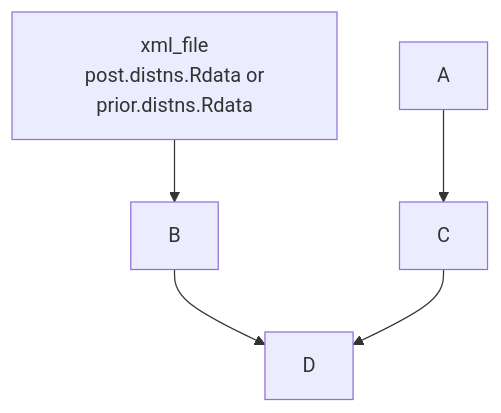
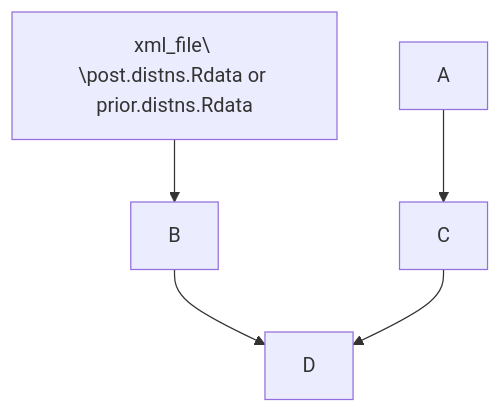
The diagram in README.md (ecamo19/gsoc_project_2022_vm), drawn with Mermaid before and after one commit.

````diff
--- a/README.md
+++ b/README.md
@@ -50,7 +50,7 @@
 ```mermaid
   graph TD;
-      inputs[xml_file\n post.distns.Rdata or prior.distns.Rdata]-->B;
+      inputs[xml_file\ \post.distns.Rdata or prior.distns.Rdata]-->B;
       A-->C;
       B-->D;
       C-->D;
 ```
````
